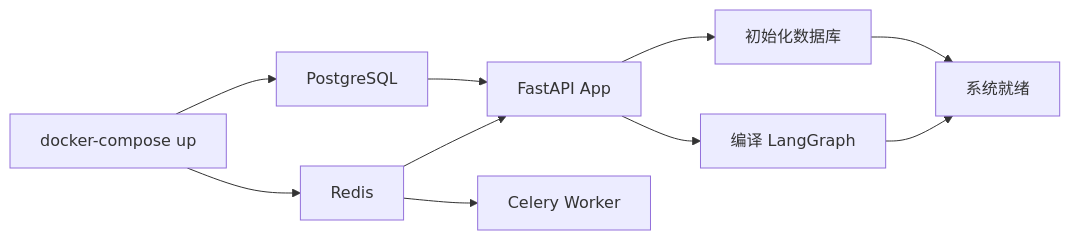
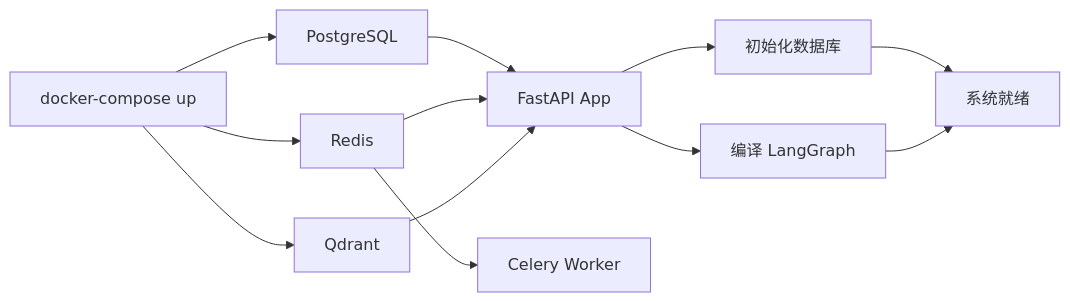
Before and after one commit to Mr-ZeLong/E-commerce-Smart-Agent: the eighth of 8 diagrams in architecture.md, drawn with Mermaid. The commit also changed other lines of this file and 2 other files, not shown here.

Commit message:
docs: update README, architecture, and add AGENTS.md

````diff
--- a/architecture.md
+++ b/architecture.md
@@ -544,12 +609,14 @@
 ```mermaid
 flowchart LR
     A[docker-compose up] --> B[PostgreSQL]
     A --> C[Redis]
+    A --> Q[Qdrant]
     B --> D[FastAPI App]
     C --> D
+    Q --> D
     C --> E[Celery Worker]
     D --> F[初始化数据库]
     D --> G[编译 LangGraph]
     F --> H[系统就绪]
     G --> H
 ```
````
